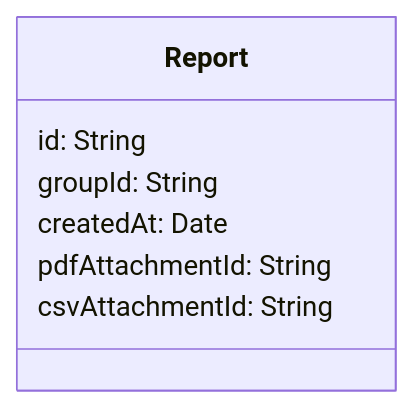
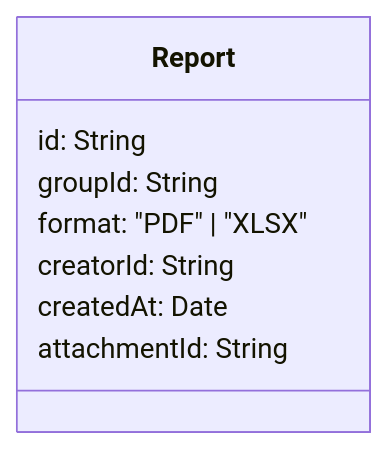
One commit to Group-Expense-Manager/gem-docs changed diagram 15 of 20 in docs/contracts.md. Above: the diagram before and after it, drawn with Mermaid. The commit also changed other lines of this file and 1 other file, not shown here.

Commit message:
updated flow diagrams & database classes

````diff
--- a/docs/contracts.md
+++ b/docs/contracts.md
@@ -712,10 +813,11 @@
 ```mermaid
 classDiagram
     class Report {
         id: String
         groupId: String
+        format: "PDF" | "XLSX"
+        creatorId: String
         createdAt: Date
-        pdfAttachmentId: String
-        csvAttachmentId: String
+        attachmentId: String
     }
 ```
````
